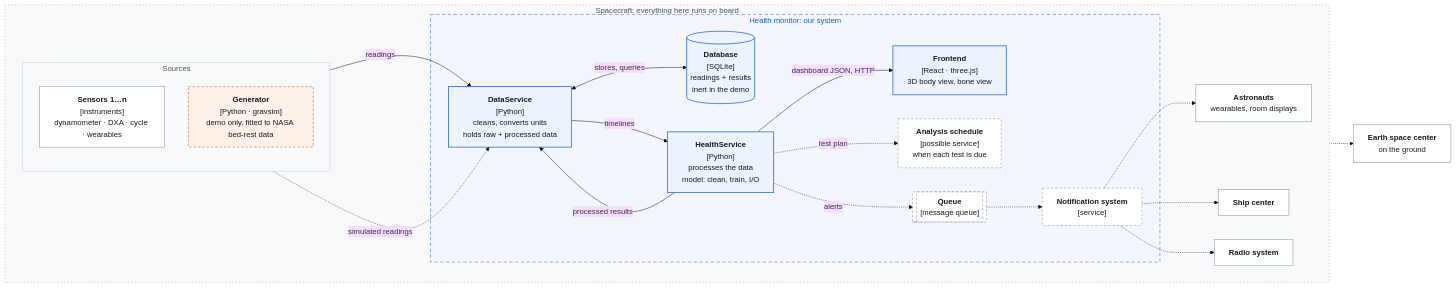
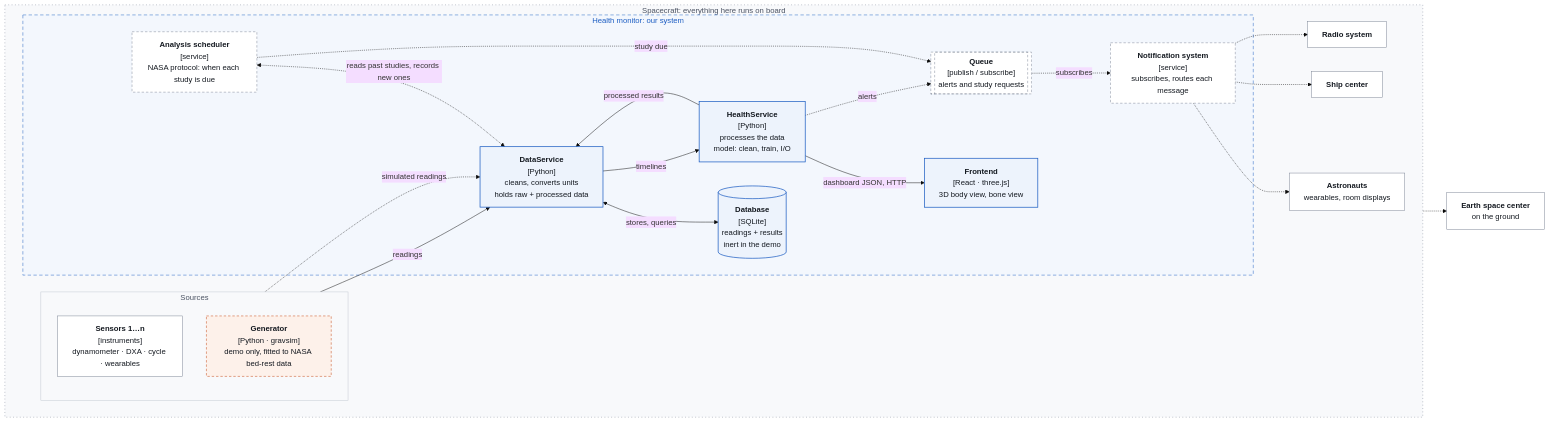
Before and after one commit to IgnacioAVerdinelli/NASASpaceApps: the diagram in docs/architecture.md, drawn with Mermaid (base theme). The commit also changed other lines of this file, not shown here.

Commit message:
docs: make the analysis scheduler its own service
The scheduler holds NASA's protocol (OCHMO-STD-100.1A) for which
studies each astronaut needs and when. It reads past studies from the
DataService, records new ones, and publishes "study due" to the queue.
The queue is publish/subscribe: the HealthService's alerts and the
scheduler's requests go in, the notification system subscribes.

Claude-Session: https://claude.ai/code/session_018itSKs3DCricjwmU4y316J

````diff
--- a/docs/architecture.md
+++ b/docs/architecture.md
@@ -5,50 +5,51 @@
 ```mermaid
 flowchart LR
     subgraph SC["Spacecraft: everything here runs on board"]
         direction LR
         subgraph SRC["Sources"]
             direction TB
             SENS["<b>Sensors 1…n</b><br/>[instruments]<br/>dynamometer · DXA · cycle · wearables"]
             GEN["<b>Generator</b><br/>[Python · gravsim]<br/>demo only, fitted to NASA bed-rest data"]
         end
         subgraph SYS["Health monitor: our system"]
             DS["<b>DataService</b><br/>[Python]<br/>cleans, converts units<br/>holds raw + processed data"]
             DB[("<b>Database</b><br/>[SQLite]<br/>readings + results<br/>inert in the demo")]
             HS["<b>HealthService</b><br/>[Python]<br/>processes the data<br/>model: clean, train, I/O"]
             FE["<b>Frontend</b><br/>[React · three.js]<br/>3D body view, bone view"]
-            TL["<b>Analysis schedule</b><br/>[possible service]<br/>when each test is due"]
-            Q[["<b>Queue</b><br/>[message queue]"]]
-            NS["<b>Notification system</b><br/>[service]"]
+            TL["<b>Analysis scheduler</b><br/>[service]<br/>NASA protocol: when each study is due"]
+            Q[["<b>Queue</b><br/>[publish / subscribe]<br/>alerts and study requests"]]
+            NS["<b>Notification system</b><br/>[service]<br/>subscribes, routes each message"]
         end
         AST["<b>Astronauts</b><br/>wearables, room displays"]
         SHIP["<b>Ship center</b>"]
         RADIO["<b>Radio system</b>"]
     end
     EARTH["<b>Earth space center</b><br/>on the ground"]
 
     SENS -->|readings| DS
     GEN -.->|simulated readings| DS
     DS <-->|stores, queries| DB
     DS -->|timelines| HS
     HS -->|processed results| DS
     HS -->|dashboard JSON, HTTP| FE
-    HS -.->|test plan| TL
+    TL <-.->|reads past studies, records new ones| DS
     HS -.->|alerts| Q
-    Q -.-> NS
+    TL -.->|study due| Q
+    Q -.->|subscribes| NS
     NS -.-> AST
     NS -.-> SHIP
     NS -.-> RADIO
     NS -.-> EARTH
 
     classDef built fill:#edf3fc,stroke:#1c5dc2,stroke-width:1.5px,color:#141920
     classDef planned fill:#ffffff,stroke:#7b8494,stroke-dasharray:5 4,color:#141920
     classDef demo fill:#fdf1ea,stroke:#c2410c,stroke-dasharray:5 4,color:#141920
     classDef ext fill:#ffffff,stroke:#7b8494,color:#141920
     class DS,DB,HS,FE built
     class TL,Q,NS planned
     class GEN demo
     class SENS,AST,SHIP,RADIO,EARTH ext
     style SC fill:#f8f9fb,stroke:#7b8494,stroke-dasharray:2 5,color:#4a5262
     style SYS fill:#f3f7fd,stroke:#1c5dc2,stroke-dasharray:7 5,color:#1c5dc2
     style SRC fill:#f8f9fb,stroke:#c1c7d1,color:#4a5262
 ```
````
